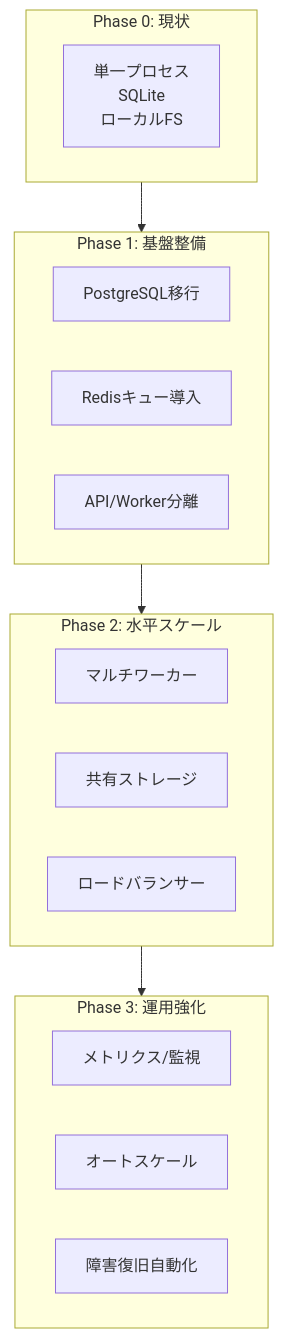
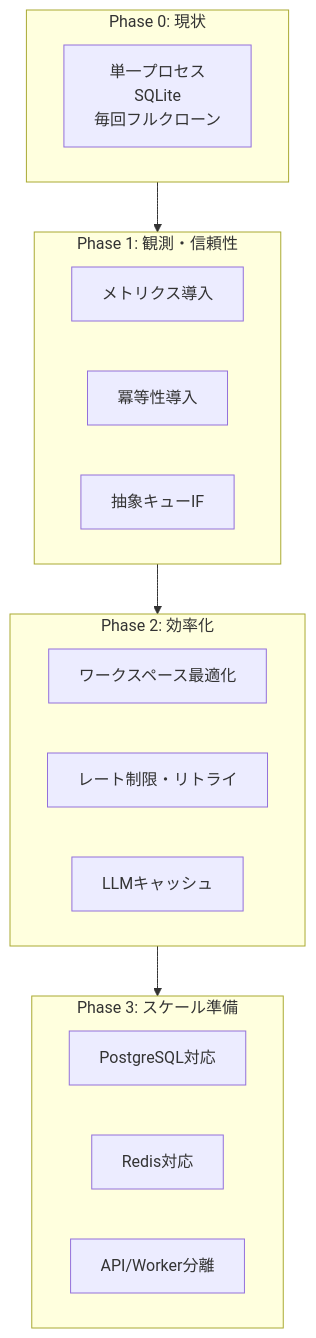
One commit to hampen2929/zloth changed the third of 3 diagrams in docs/scalability_issues.md. Above: the diagram before and after it, drawn with Mermaid. The commit also changed other lines of this file, not shown here.

````diff
--- a/docs/scalability_issues.md
+++ b/docs/scalability_issues.md
@@ -351,28 +716,28 @@
 ```mermaid
 flowchart TB
     subgraph Phase0["Phase 0: 現状"]
-        A0[単一プロセス<br/>SQLite<br/>ローカルFS]
+        A0[単一プロセス<br/>SQLite<br/>毎回フルクローン]
     end
 
-    subgraph Phase1["Phase 1: 基盤整備"]
-        A1[PostgreSQL移行]
-        B1[Redisキュー導入]
-        C1[API/Worker分離]
+    subgraph Phase1["Phase 1: 観測・信頼性"]
+        A1[メトリクス導入]
+        B1[冪等性導入]
+        C1[抽象キューIF]
     end
 
-    subgraph Phase2["Phase 2: 水平スケール"]
-        A2[マルチワーカー]
-        B2[共有ストレージ]
-        C2[ロードバランサー]
+    subgraph Phase2["Phase 2: 効率化"]
+        A2[ワークスペース最適化]
+        B2[レート制限・リトライ]
+        C2[LLMキャッシュ]
     end
 
-    subgraph Phase3["Phase 3: 運用強化"]
-        A3[メトリクス/監視]
-        B3[オートスケール]
-        C3[障害復旧自動化]
+    subgraph Phase3["Phase 3: スケール準備"]
+        A3[PostgreSQL対応]
+        B3[Redis対応]
+        C3[API/Worker分離]
     end
 
     Phase0 --> Phase1
     Phase1 --> Phase2
     Phase2 --> Phase3
 ```
````
